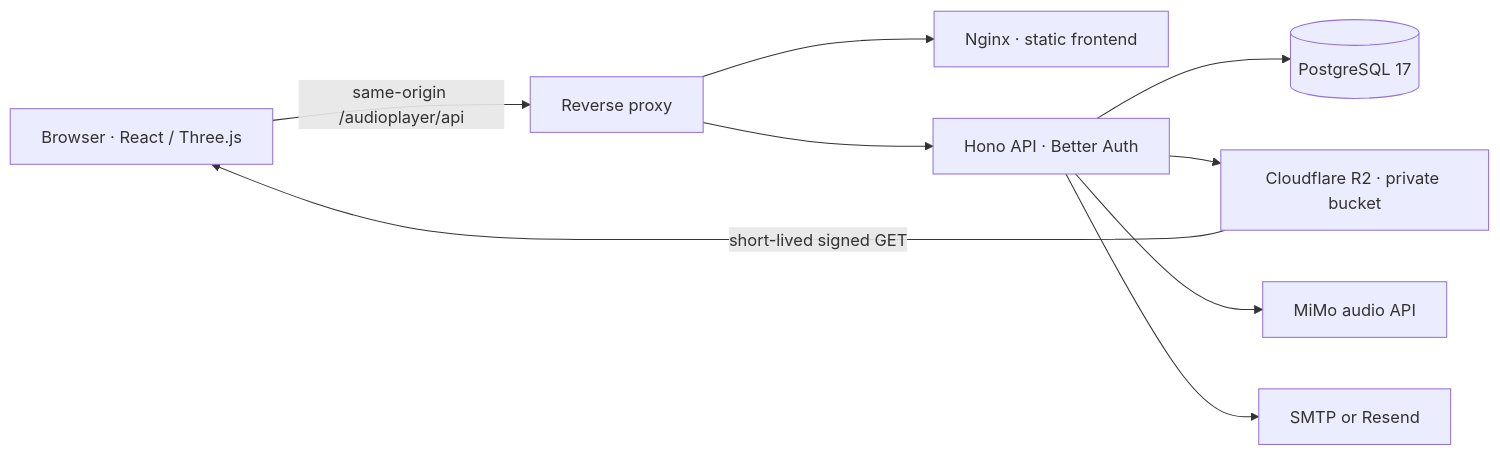
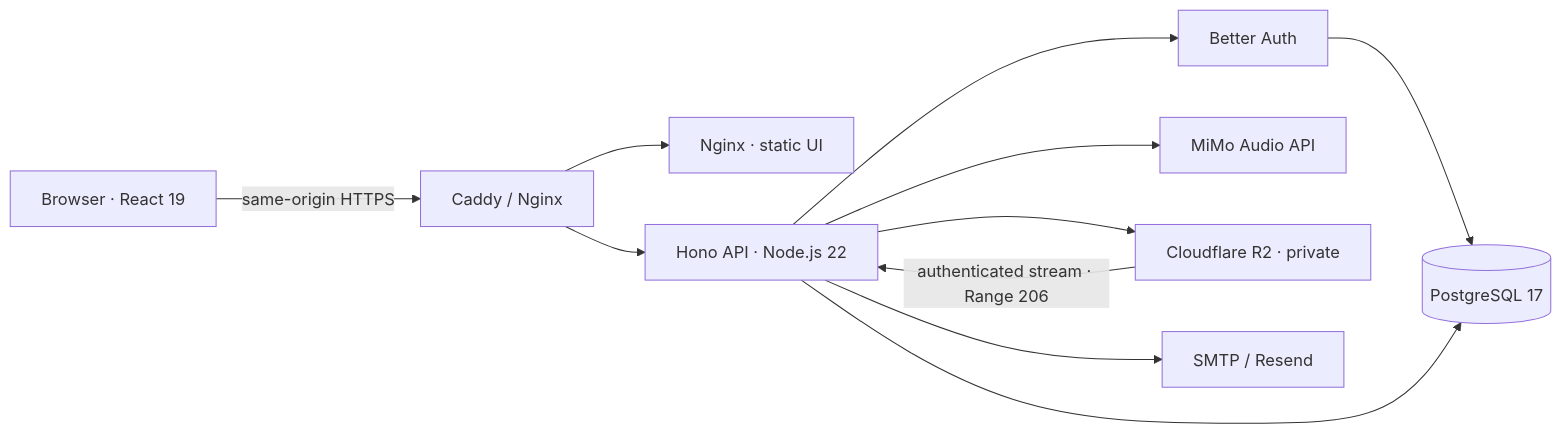
Before and after one commit to shynloc/MiMo-Audio-Studio: the diagram in README.md, drawn with Mermaid. The commit also changed other lines of this file and 6 other files, not shown here.

````diff
--- a/README.md
+++ b/README.md
@@ -38,11 +63,13 @@
 ```mermaid
 flowchart LR
-  B["Browser · React / Three.js"] -->|"same-origin /audioplayer/api"| P["Reverse proxy"]
-  P --> W["Nginx · static frontend"]
-  P --> A["Hono API · Better Auth"]
-  A --> D[("PostgreSQL 17")]
-  A --> R["Cloudflare R2 · private bucket"]
-  A --> M["MiMo audio API"]
-  A --> E["SMTP or Resend"]
-  R -->|"short-lived signed GET"| B
+  B["Browser · React 19"] -->|"same-origin HTTPS"| P["Caddy / Nginx"]
+  P --> W["Nginx · static UI"]
+  P --> A["Hono API · Node.js 22"]
+  A --> AUTH["Better Auth"]
+  AUTH --> DB[("PostgreSQL 17")]
+  A --> DB
+  A --> M["MiMo Audio API"]
+  A --> R["Cloudflare R2 · private"]
+  A --> E["SMTP / Resend"]
+  R -->|"authenticated stream · Range 206"| A
 ```
````
